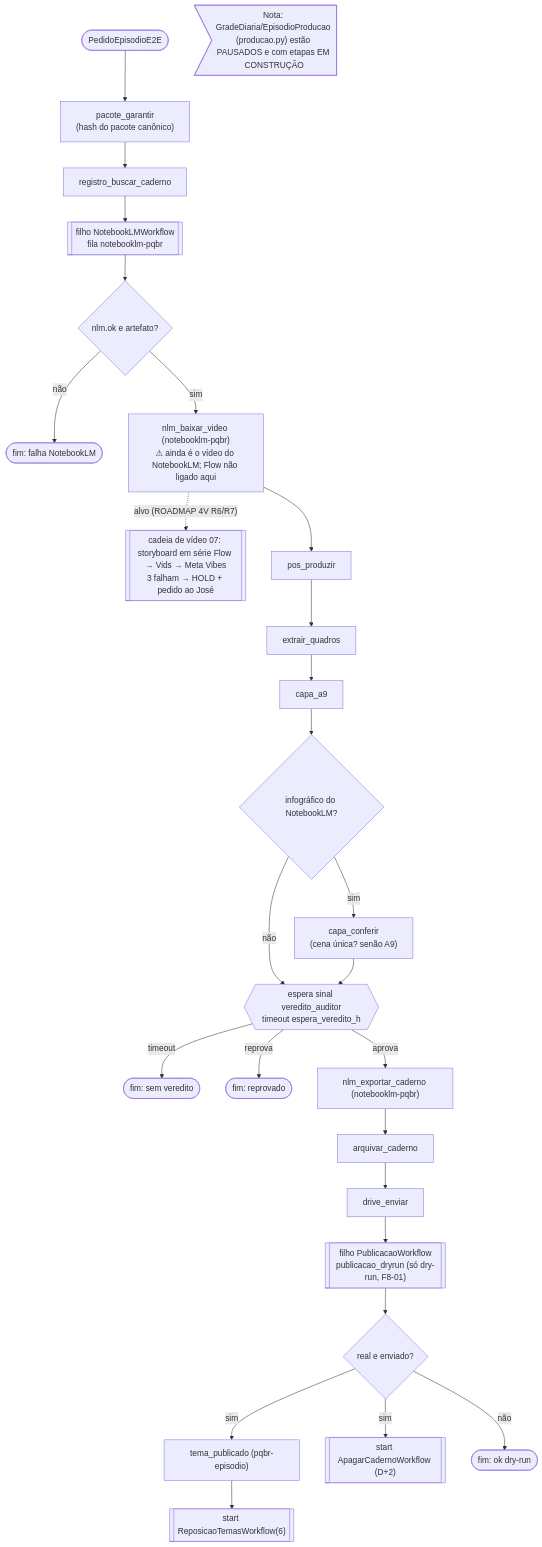
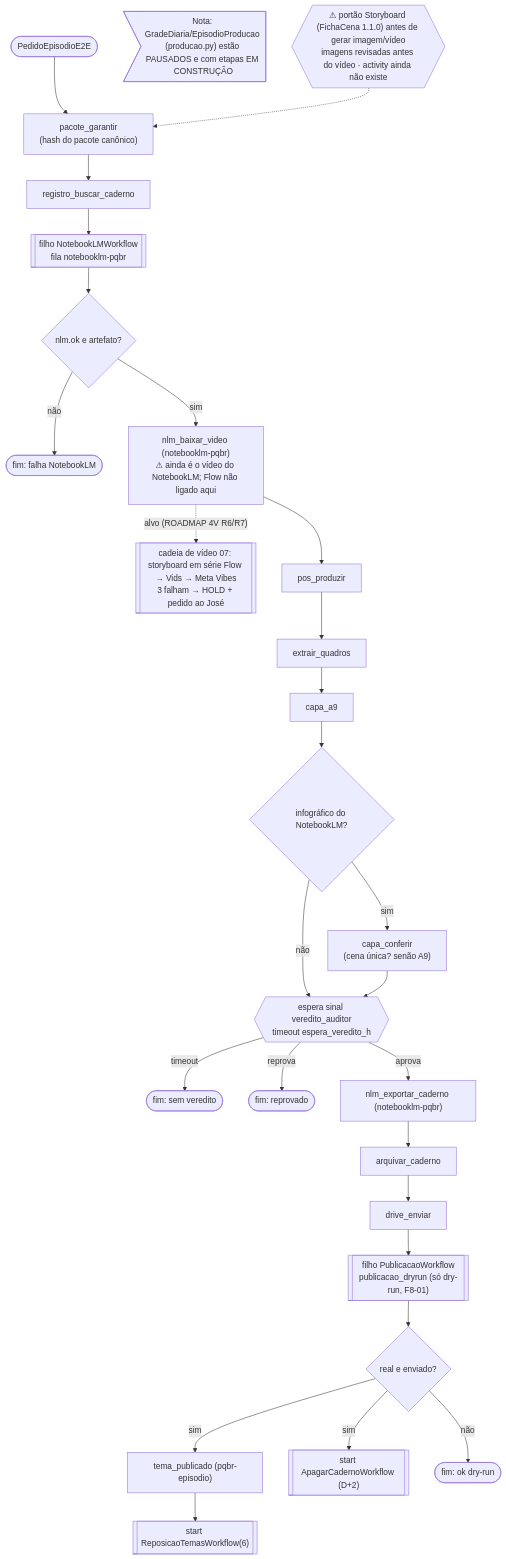
One commit to jvmendesjr/PQBR changed the diagram in docs/mapa/01-episodio.mmd. Above: the diagram before and after it, drawn with Mermaid. The commit also changed 16 other files, not shown here.

Commit message:
0.6.0: t78u personagem/cenário/elenco; FichaCena 1.1.0; mapa 12 + index regenerado; consolidado do dia

```diff
--- a/docs/mapa/01-episodio.mmd
+++ b/docs/mapa/01-episodio.mmd
@@ -1,25 +1,28 @@
 %% EpisodioWorkflow (src/pqbr/workflows/episodio.py) — fila episodio-pqbr. Gerado do código 24/10/2026.
 flowchart TD
   S(["PedidoEpisodioE2E"]) --> A1["pacote_garantir<br/>(hash do pacote canônico)"]
   A1 --> A2["registro_buscar_caderno"]
   A2 --> W1[["filho NotebookLMWorkflow<br/>fila notebooklm-pqbr"]]
   W1 --> D1{"nlm.ok e artefato?"}
   D1 -- não --> F1(["fim: falha NotebookLM"])
   D1 -- sim --> A3["nlm_baixar_video (notebooklm-pqbr)<br/>⚠ ainda é o vídeo do NotebookLM; Flow não ligado aqui"]
   A3 -. "alvo (ROADMAP 4V R6/R7)" .-> CV[["cadeia de vídeo 07: storyboard em série Flow → Vids → Meta Vibes<br/>3 falham → HOLD + pedido ao José"]]
   A3 --> A4["pos_produzir"] --> A5["extrair_quadros"] --> A6["capa_a9"]
   A6 --> D2{"infográfico do NotebookLM?"}
   D2 -- sim --> A7["capa_conferir<br/>(cena única? senão A9)"]
   D2 -- não --> W
   A7 --> W
   W{{"espera sinal veredito_auditor<br/>timeout espera_veredito_h"}}
   W -- timeout --> F2(["fim: sem veredito"])
   W -- reprova --> F3(["fim: reprovado"])
   W -- aprova --> A8["nlm_exportar_caderno (notebooklm-pqbr)"]
   A8 --> A9["arquivar_caderno"] --> A10["drive_enviar"]
   A10 --> W2[["filho PublicacaoWorkflow<br/>publicacao_dryrun (só dry-run, F8-01)"]]
   W2 --> D3{"real e enviado?"}
   D3 -- sim --> A11["tema_publicado (pqbr-episodio)"] --> W3[["start ReposicaoTemasWorkflow(6)"]]
   D3 -- sim --> W4[["start ApagarCadernoWorkflow (D+2)"]]
   D3 -- não --> F4(["fim: ok dry-run"])
   N1>"Nota: GradeDiaria/EpisodioProducao (producao.py) estão PAUSADOS e com etapas EM CONSTRUÇÃO"]
+  %% t75u–t78u (26/10/2026): portão de storyboard antes de gerar
+  SBG{{"⚠ portão Storyboard (FichaCena 1.1.0) antes de gerar imagem/vídeo<br/>imagens revisadas antes do vídeo · activity ainda não existe"}}
+  SBG -.-> A1
```
